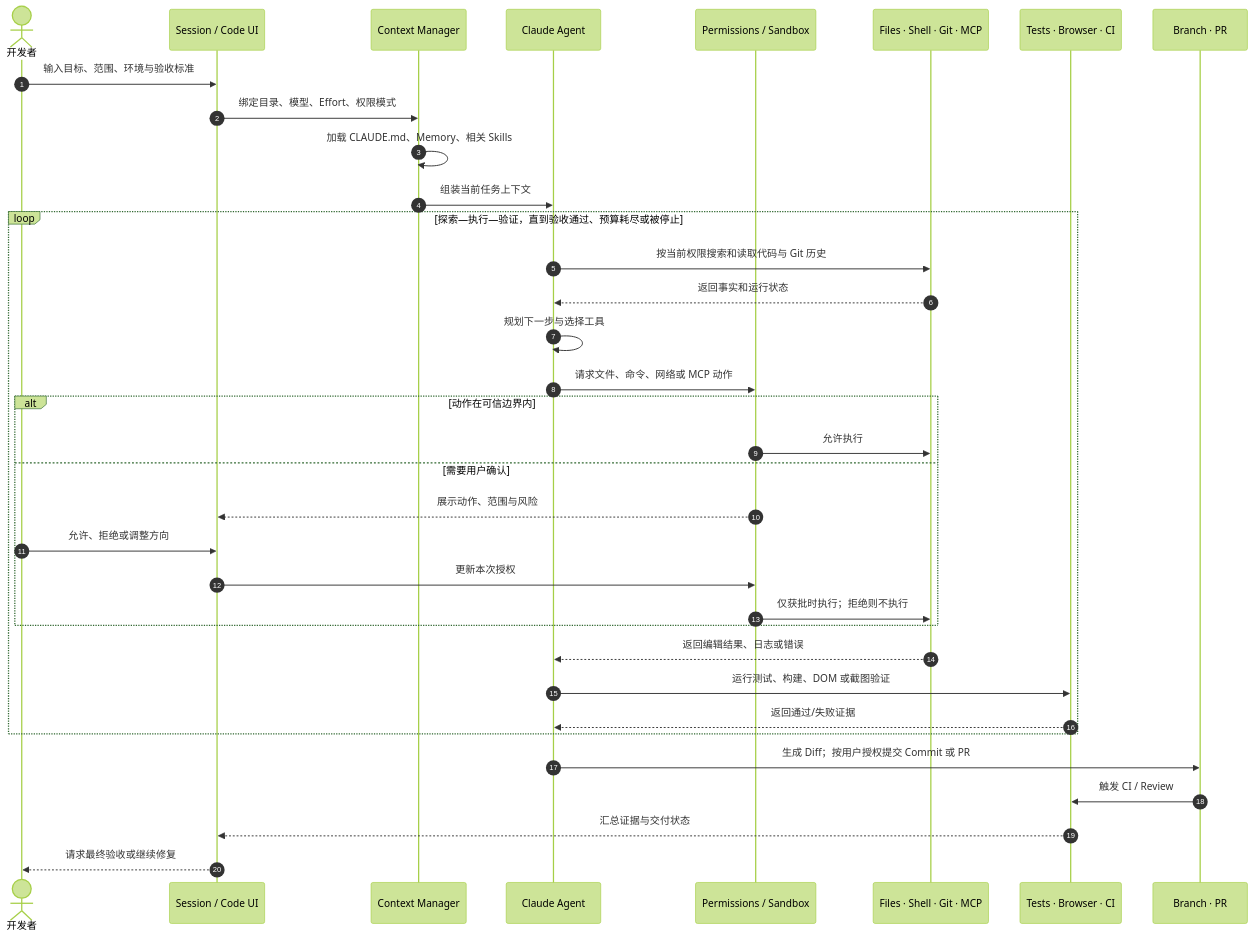
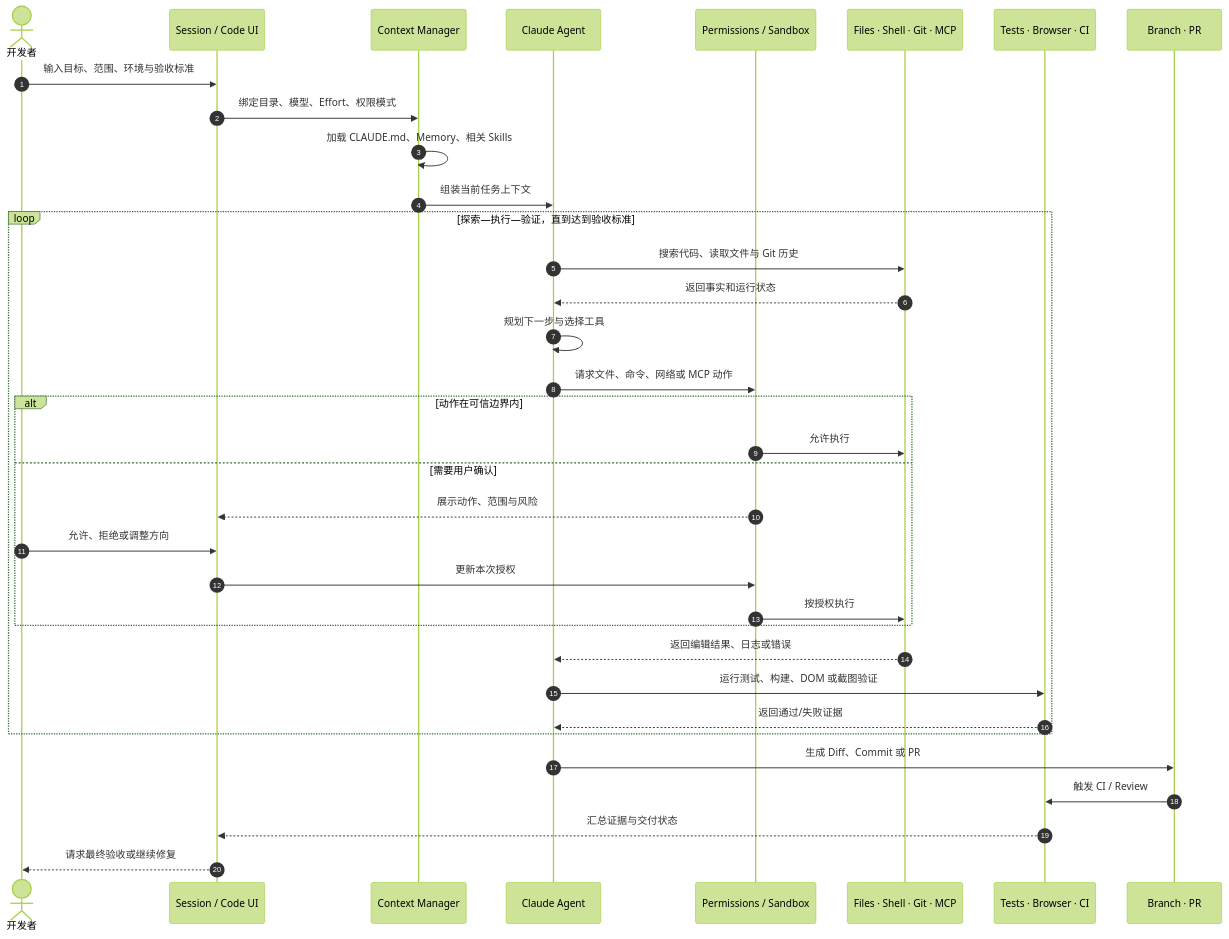
The third of 5 diagrams in src/content/writing/claude-code-product-design.md (MarkingYang/aidea-lab), drawn with Mermaid (forest theme) before and after one commit. The commit also changed other lines of this file and 116 other files, not shown here.

````diff
--- a/src/content/writing/claude-code-product-design.md
+++ b/src/content/writing/claude-code-product-design.md
@@ -89,40 +118,40 @@
 ```mermaid
 sequenceDiagram
   autonumber
   actor User as 开发者
   participant UI as Session / Code UI
   participant Ctx as Context Manager
   participant Agent as Claude Agent
   participant Guard as Permissions / Sandbox
   participant Tools as Files · Shell · Git · MCP
   participant Verify as Tests · Browser · CI
   participant Repo as Branch · PR
 
-User->>UI: 输入目标、范围、环境与验收标准
+  User->>UI: 输入目标、范围、环境与验收标准
   UI->>Ctx: 绑定目录、模型、Effort、权限模式
   Ctx->>Ctx: 加载 CLAUDE.md、Memory、相关 Skills
   Ctx->>Agent: 组装当前任务上下文
 
-loop 探索—执行—验证，直到验收通过、预算耗尽或被停止
-    Agent->>Tools: 按当前权限搜索和读取代码与 Git 历史
+  loop 探索—执行—验证，直到达到验收标准
+    Agent->>Tools: 搜索代码、读取文件与 Git 历史
     Tools-->>Agent: 返回事实和运行状态
     Agent->>Agent: 规划下一步与选择工具
     Agent->>Guard: 请求文件、命令、网络或 MCP 动作
     alt 动作在可信边界内
       Guard->>Tools: 允许执行
     else 需要用户确认
       Guard-->>UI: 展示动作、范围与风险
       User->>UI: 允许、拒绝或调整方向
       UI->>Guard: 更新本次授权
-      Guard->>Tools: 仅获批时执行；拒绝则不执行
+      Guard->>Tools: 按授权执行
     end
     Tools-->>Agent: 返回编辑结果、日志或错误
     Agent->>Verify: 运行测试、构建、DOM 或截图验证
     Verify-->>Agent: 返回通过/失败证据
   end
 
-Agent->>Repo: 生成 Diff；按用户授权提交 Commit 或 PR
+  Agent->>Repo: 生成 Diff、Commit 或 PR
   Repo->>Verify: 触发 CI / Review
   Verify-->>UI: 汇总证据与交付状态
   UI-->>User: 请求最终验收或继续修复
 ```
````
